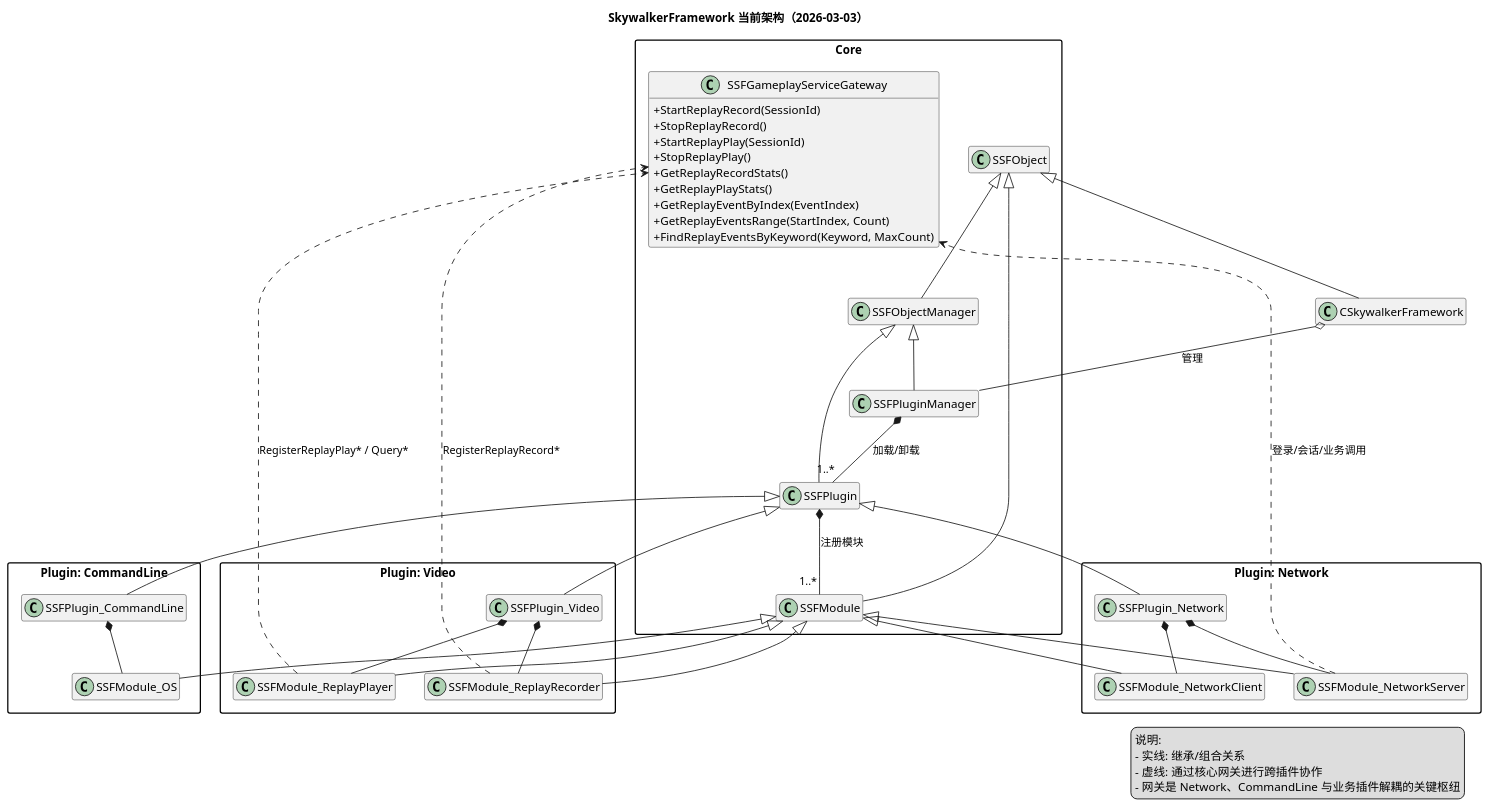
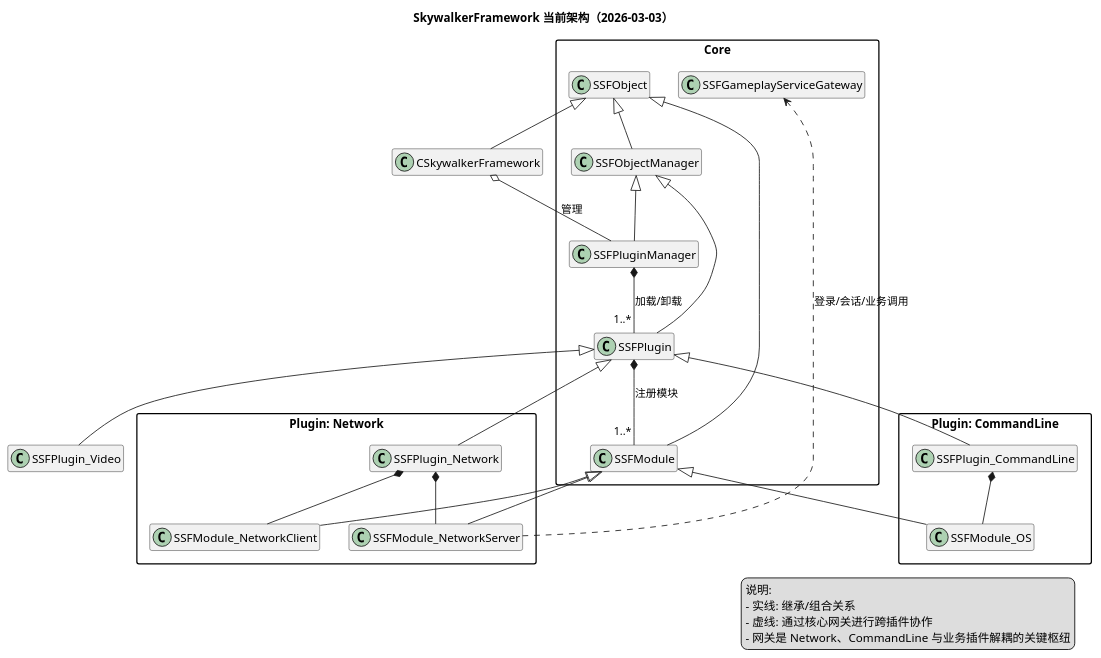
Before and after one commit to xcyh410713847/SkywalkerGameServer: the diagram in SkywalkerFramework/SkywalkerFramework.plantuml, drawn with PlantUML. The commit also changed 8 other files, not shown here.

```diff
--- a/SkywalkerFramework/SkywalkerFramework.plantuml
+++ b/SkywalkerFramework/SkywalkerFramework.plantuml
@@ -1,84 +1,63 @@
 @startuml SkywalkerFramework
 
 title SkywalkerFramework 当前架构（2026-03-03）
 
 skinparam classAttributeIconSize 0
 skinparam packageStyle rectangle
 hide empty members
 
 package "Core" {
 	class SSFObject
 	class SSFObjectManager
 	class SSFModule
 	class SSFPlugin
 	class SSFPluginManager
 class SSFGameplayServiceGateway {
-	+StartReplayRecord(SessionId)
-	+StopReplayRecord()
-	+StartReplayPlay(SessionId)
-	+StopReplayPlay()
-	+GetReplayRecordStats()
-	+GetReplayPlayStats()
-	+GetReplayEventByIndex(EventIndex)
-	+GetReplayEventsRange(StartIndex, Count)
-	+FindReplayEventsByKeyword(Keyword, MaxCount)
 }
 }
 
 class CSkywalkerFramework
 
 SSFObject <|-- CSkywalkerFramework
 SSFObject <|-- SSFObjectManager
 SSFObject <|-- SSFModule
 SSFObjectManager <|-- SSFPlugin
 SSFObjectManager <|-- SSFPluginManager
 
 CSkywalkerFramework o-- SSFPluginManager : 管理
 SSFPluginManager *-- "1..*" SSFPlugin : 加载/卸载
 SSFPlugin *-- "1..*" SSFModule : 注册模块
 
 package "Plugin: Network" {
 	class SSFPlugin_Network
 	class SSFModule_NetworkServer
 	class SSFModule_NetworkClient
 }
 
 package "Plugin: CommandLine" {
 	class SSFPlugin_CommandLine
 	class SSFModule_OS
 }
 
-package "Plugin: Video" {
-	class SSFPlugin_Video
-	class SSFModule_ReplayRecorder
-	class SSFModule_ReplayPlayer
-}
-
 SSFPlugin <|-- SSFPlugin_Network
 SSFPlugin <|-- SSFPlugin_CommandLine
 SSFPlugin <|-- SSFPlugin_Video
 
 SSFModule <|-- SSFModule_NetworkServer
 SSFModule <|-- SSFModule_NetworkClient
 SSFModule <|-- SSFModule_OS
-SSFModule <|-- SSFModule_ReplayRecorder
-SSFModule <|-- SSFModule_ReplayPlayer
 
 SSFPlugin_Network *-- SSFModule_NetworkServer
 SSFPlugin_Network *-- SSFModule_NetworkClient
 SSFPlugin_CommandLine *-- SSFModule_OS
-SSFPlugin_Video *-- SSFModule_ReplayRecorder
-SSFPlugin_Video *-- SSFModule_ReplayPlayer
 
 SSFModule_NetworkServer ..> SSFGameplayServiceGateway : 登录/会话/业务调用
-SSFModule_ReplayRecorder ..> SSFGameplayServiceGateway : RegisterReplayRecord*
-SSFModule_ReplayPlayer ..> SSFGameplayServiceGateway : RegisterReplayPlay* / Query*
 
 legend right
   说明:
   - 实线: 继承/组合关系
   - 虚线: 通过核心网关进行跨插件协作
   - 网关是 Network、CommandLine 与业务插件解耦的关键枢纽
 endlegend
 
 @enduml
```
